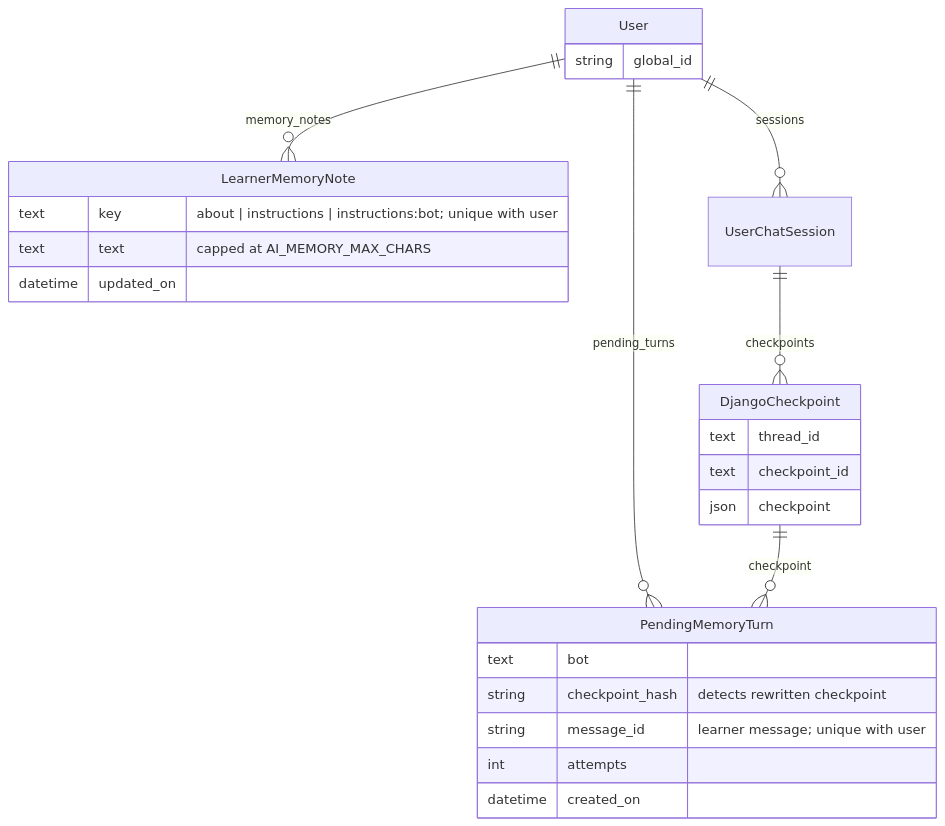
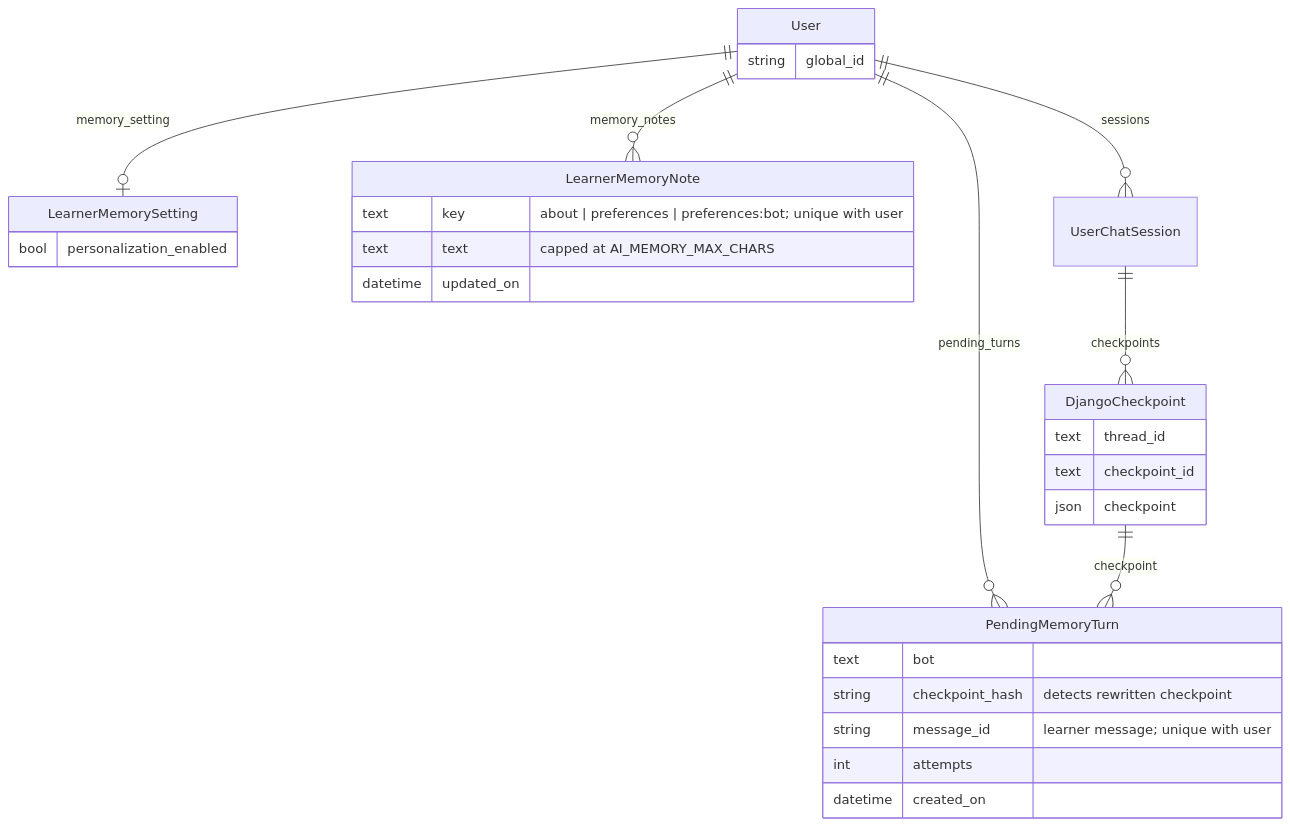
The diagram in docs/rfc-learner-memory-astra.md (mitodl/learn-ai), drawn with Mermaid before and after one commit. The commit also changed other lines of this file, not shown here.

````diff
--- a/docs/rfc-learner-memory-astra.md
+++ b/docs/rfc-learner-memory-astra.md
@@ -229,29 +207,33 @@
 ```mermaid
 erDiagram
+    User ||--o| LearnerMemorySetting : "memory_setting"
     User ||--o{ LearnerMemoryNote : "memory_notes"
     User ||--o{ PendingMemoryTurn : "pending_turns"
     User ||--o{ UserChatSession : "sessions"
     UserChatSession ||--o{ DjangoCheckpoint : "checkpoints"
     DjangoCheckpoint ||--o{ PendingMemoryTurn : "checkpoint"
 
     User {
         string global_id
     }
+    LearnerMemorySetting {
+        bool personalization_enabled
+    }
     LearnerMemoryNote {
-        text key "about | instructions | instructions:bot; unique with user"
+        text key "about | preferences | preferences:bot; unique with user"
         text text "capped at AI_MEMORY_MAX_CHARS"
         datetime updated_on
     }
     PendingMemoryTurn {
         text bot
         string checkpoint_hash "detects rewritten checkpoint"
         string message_id "learner message; unique with user"
         int attempts
         datetime created_on
     }
     DjangoCheckpoint {
         text thread_id
         text checkpoint_id
         json checkpoint
     }
 ```
````
